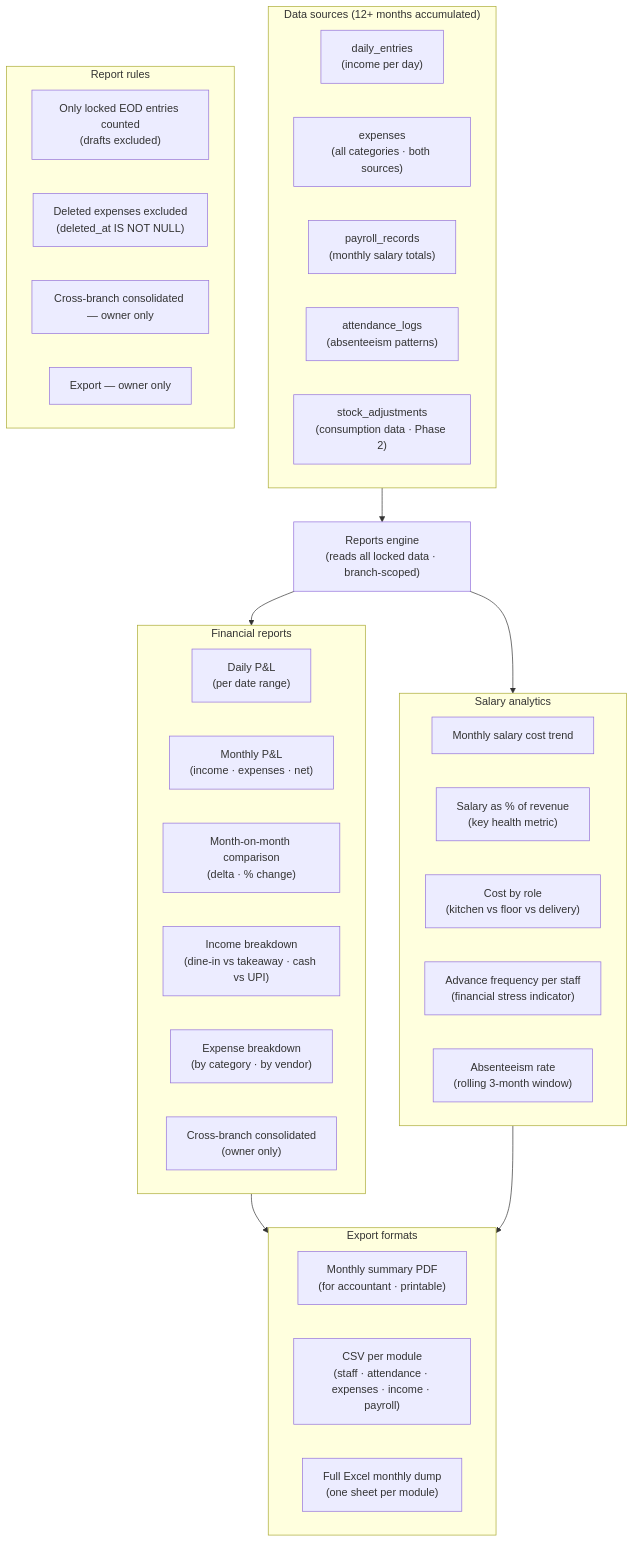
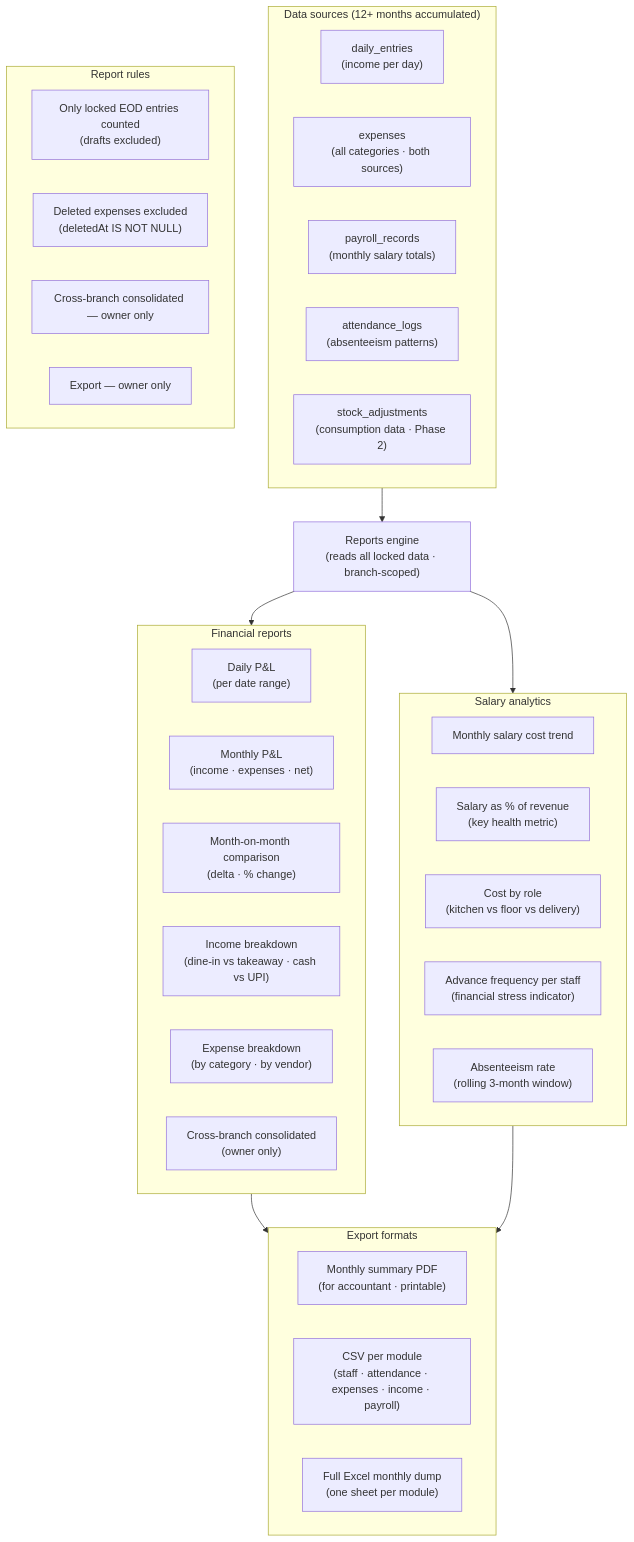
Before and after one commit to AbhishekS-381/Sree-Vaishnaves-Management: diagram 12 of 14 in Documentations/MODULE-MAPS.md, drawn with Mermaid. The commit also changed other lines of this file and 49 other files, not shown here.

````diff
--- a/Documentations/MODULE-MAPS.md
+++ b/Documentations/MODULE-MAPS.md
@@ -562,48 +562,48 @@
 ```mermaid
 flowchart TD
   subgraph INPUTS["Data sources (12+ months accumulated)"]
     I1["daily_entries\n(income per day)"]
     I2["expenses\n(all categories · both sources)"]
     I3["payroll_records\n(monthly salary totals)"]
     I4["attendance_logs\n(absenteeism patterns)"]
     I5["stock_adjustments\n(consumption data · Phase 2)"]
   end
 
   INPUTS --> ENGINE["Reports engine\n(reads all locked data · branch-scoped)"]
 
   subgraph FINANCIAL["Financial reports"]
     F1["Daily P&L\n(per date range)"]
     F2["Monthly P&L\n(income · expenses · net)"]
     F3["Month-on-month comparison\n(delta · % change)"]
     F4["Income breakdown\n(dine-in vs takeaway · cash vs UPI)"]
     F5["Expense breakdown\n(by category · by vendor)"]
     F6["Cross-branch consolidated\n(owner only)"]
   end
 
   subgraph SALARY_AN["Salary analytics"]
     S1["Monthly salary cost trend"]
     S2["Salary as % of revenue\n(key health metric)"]
     S3["Cost by role\n(kitchen vs floor vs delivery)"]
     S4["Advance frequency per staff\n(financial stress indicator)"]
     S5["Absenteeism rate\n(rolling 3-month window)"]
   end
 
   ENGINE --> FINANCIAL
   ENGINE --> SALARY_AN
 
   subgraph EXPORT["Export formats"]
     EX1["Monthly summary PDF\n(for accountant · printable)"]
     EX2["CSV per module\n(staff · attendance · expenses · income · payroll)"]
     EX3["Full Excel monthly dump\n(one sheet per module)"]
   end
 
   FINANCIAL --> EXPORT
   SALARY_AN --> EXPORT
 
   subgraph RULES["Report rules"]
     R1["Only locked EOD entries counted\n(drafts excluded)"]
-    R2["Deleted expenses excluded\n(deleted_at IS NOT NULL)"]
+    R2["Deleted expenses excluded\n(deletedAt IS NOT NULL)"]
     R3["Cross-branch consolidated — owner only"]
     R4["Export — owner only"]
   end
 ```
````
